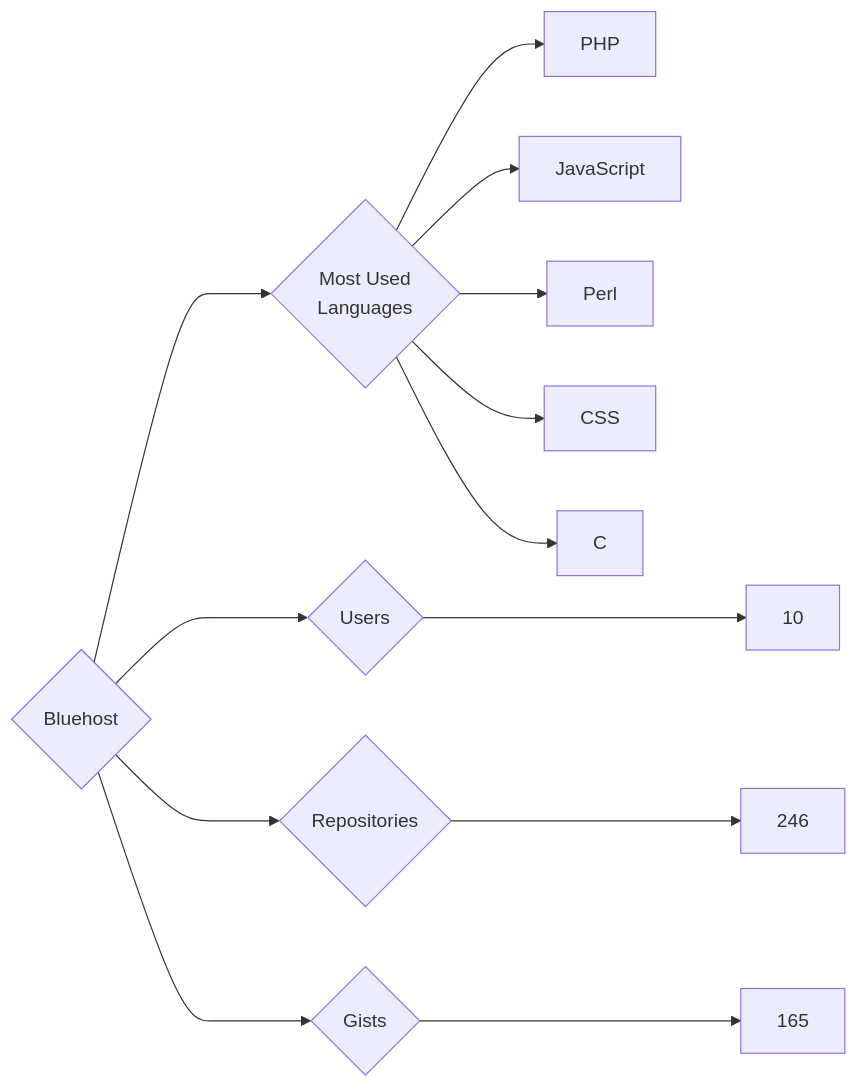
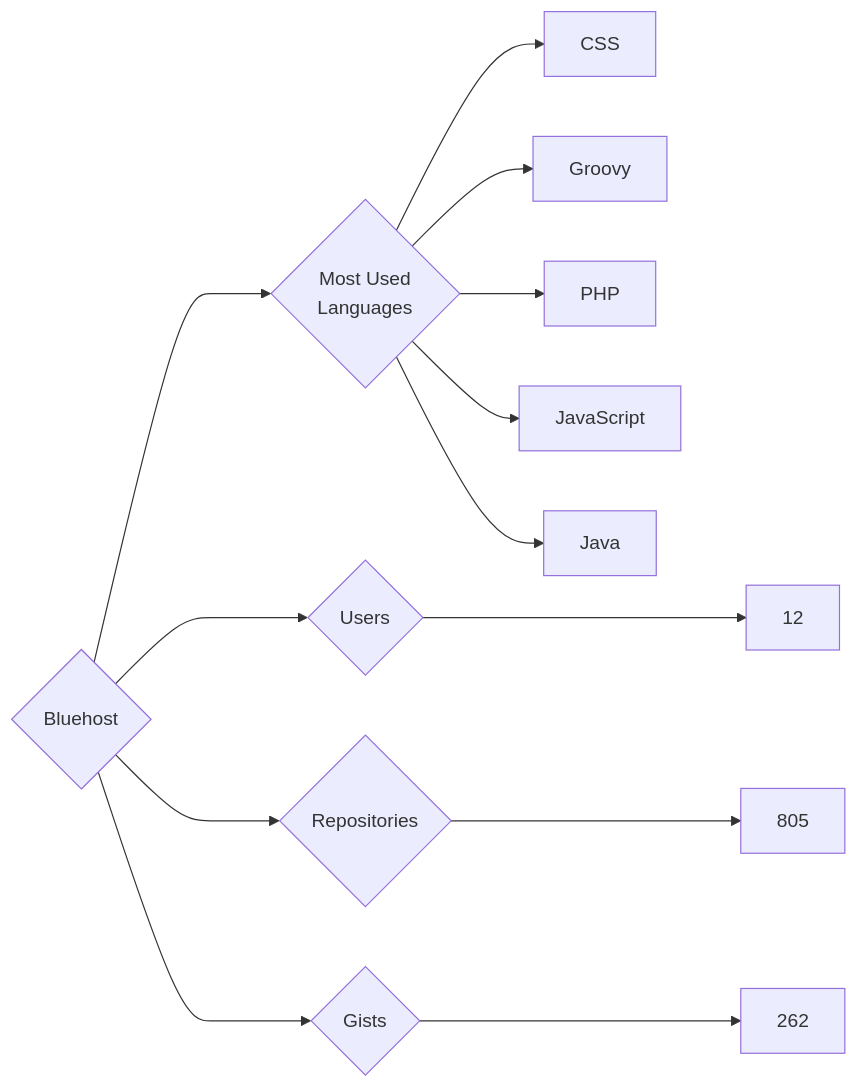
Before and after one commit to trickest/insiders: the diagram in targets/Bluehost/README.md, drawn with Mermaid. The commit also changed 894 other files, not shown here.

````diff
--- a/targets/Bluehost/README.md
+++ b/targets/Bluehost/README.md
@@ -3,13 +3,13 @@
 ```mermaid
 graph LR
 COMPANY_NAME{Bluehost}
-COMPANY_NAME ---> U{Users} ---> UN[10]
-COMPANY_NAME ---> R{Repositories} ---> RN[246]
-COMPANY_NAME ---> G{Gists} ---> GN[165]
+COMPANY_NAME ---> U{Users} ---> UN[12]
+COMPANY_NAME ---> R{Repositories} ---> RN[805]
+COMPANY_NAME ---> G{Gists} ---> GN[262]
 COMPANY_NAME ---> ML{Most Used<br>Languages}
+ML --> CSS[CSS]
+ML --> Groovy[Groovy]
 ML --> PHP[PHP]
 ML --> JavaScript[JavaScript]
-ML --> Perl[Perl]
-ML --> CSS[CSS]
-ML --> C[C]
+ML --> Java[Java]
 ```
````
